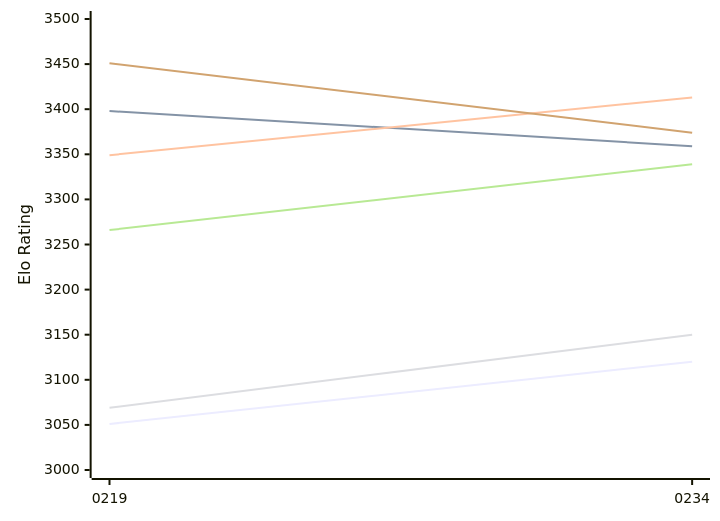
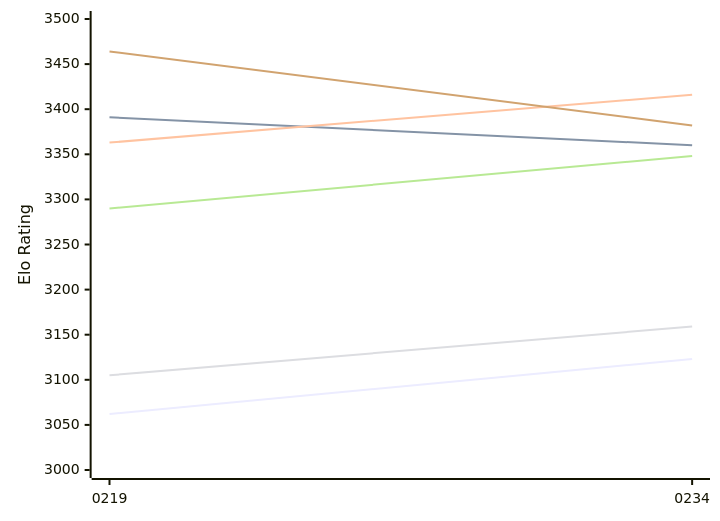
One commit to computer-chess-index/cci changed the first of 2 diagrams in engines/Ynode.md. Above: the diagram before and after it, drawn with Mermaid. The commit also changed other lines of this file, not shown here.

Commit message:
Update CCI Ratings (ELO VLTC) - 2026-11-25

````diff
--- a/engines/Ynode.md
+++ b/engines/Ynode.md
@@ -50,12 +50,12 @@
 ```mermaid
 %%{init: {"theme":"base","themeVariables":{"seriesColors:['#a3a3a3','#222221','#faa371']}}}%%
 xychart-beta
   x-axis ["0219", "0234"]
   y-axis "Elo Rating" 3000 --> 3500
-  line "E1: STC (8.0+0.08s)" [3051, 3120]
-  line "E1: LTC (60.0+0.60s)" [3398, 3359]
-  line "E1: VLTC (2m24s+1.12s)" [3349, 3413]
-  line "P1: STC (8.0+0.08s)" [3069, 3150]
-  line "P1: LTC (60.0+0.60s)" [3266, 3339]
-  line "P1: VLTC (2m24s+1.12s)" [3451, 3374]
+  line "E1: STC (8.0+0.08s)" [3062, 3123]
+  line "E1: LTC (60.0+0.60s)" [3391, 3360]
+  line "E1: VLTC (2m24s+1.12s)" [3363, 3416]
+  line "P1: STC (8.0+0.08s)" [3105, 3159]
+  line "P1: LTC (60.0+0.60s)" [3290, 3348]
+  line "P1: VLTC (2m24s+1.12s)" [3464, 3382]
 ```
````
